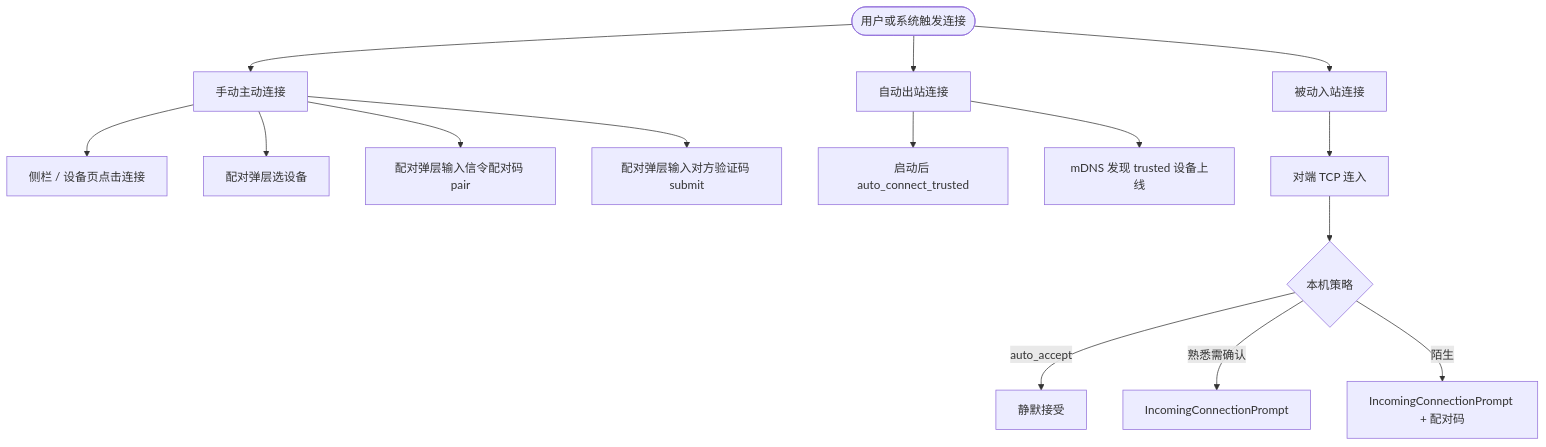
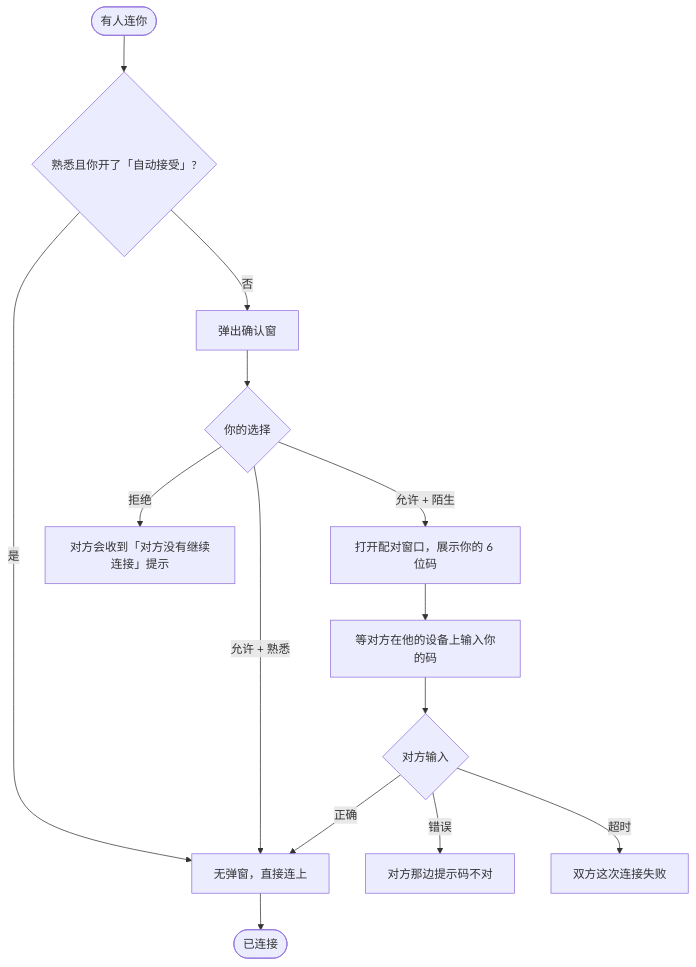
One commit to planarcat/planarclip changed the fourth of 5 diagrams in CONNECTION.md. Above: the diagram before and after it, drawn with Mermaid. The commit also changed other lines of this file, not shown here.

````diff
--- a/CONNECTION.md
+++ b/CONNECTION.md
@@ -93,21 +175,19 @@
 ```mermaid
 flowchart TD
-  Start([用户或系统触发连接])
-  Start --> Manual[手动主动连接]
-  Start --> AutoOut[自动出站连接]
-  Start --> Inbound[被动入站连接]
+  In([有人连你]) --> Auto{熟悉且你开了「自动接受」?}
+  Auto -->|是| Silent[无弹窗，直接连上]
+  Auto -->|否| Prompt[弹出确认窗]
 
-  Manual --> M1[侧栏 / 设备页点击连接]
-  Manual --> M2[配对弹层选设备]
-  Manual --> M3[配对弹层输入信令配对码 pair]
-  Manual --> M4[配对弹层输入对方验证码 submit]
+  Prompt --> Choice{你的选择}
+  Choice -->|拒绝| EndReject[对方会收到「对方没有继续连接」提示]
+  Choice -->|允许 + 熟悉| Silent
+  Choice -->|允许 + 陌生| ShowMyCode[打开配对窗口，展示你的 6 位码]
 
-  AutoOut --> A1[启动后 auto_connect_trusted]
-  AutoOut --> A2[mDNS 发现 trusted 设备上线]
+  ShowMyCode --> WaitOther[等对方在他的设备上输入你的码]
+  WaitOther --> CodeOk{对方输入}
+  CodeOk -->|正确| Silent
+  CodeOk -->|错误| TheirProblem[对方那边提示码不对]
+  CodeOk -->|超时| BothFail[双方这次连接失败]
 
-  Inbound --> I1[对端 TCP 连入]
-  I1 --> I2{本机策略}
-  I2 -->|auto_accept| I3[静默接受]
-  I2 -->|熟悉需确认| I4[IncomingConnectionPrompt]
-  I2 -->|陌生| I5[IncomingConnectionPrompt + 配对码]
+  Silent --> Done([已连接])
 ```
````
